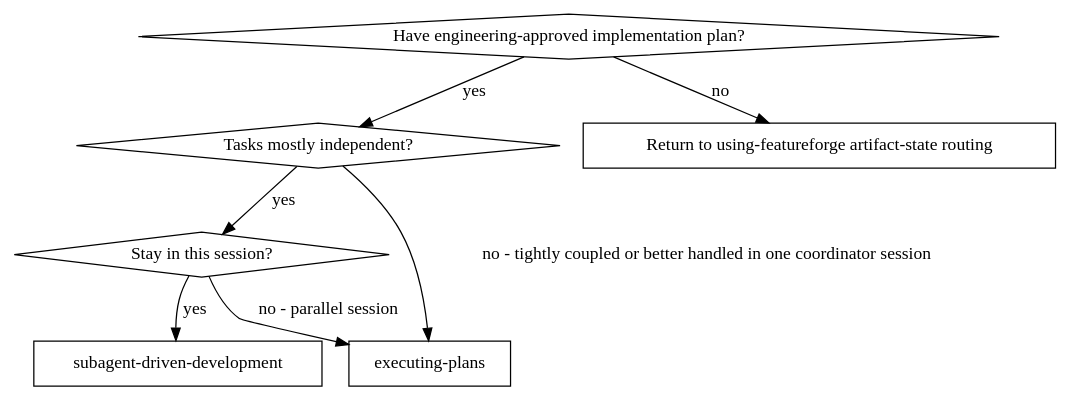
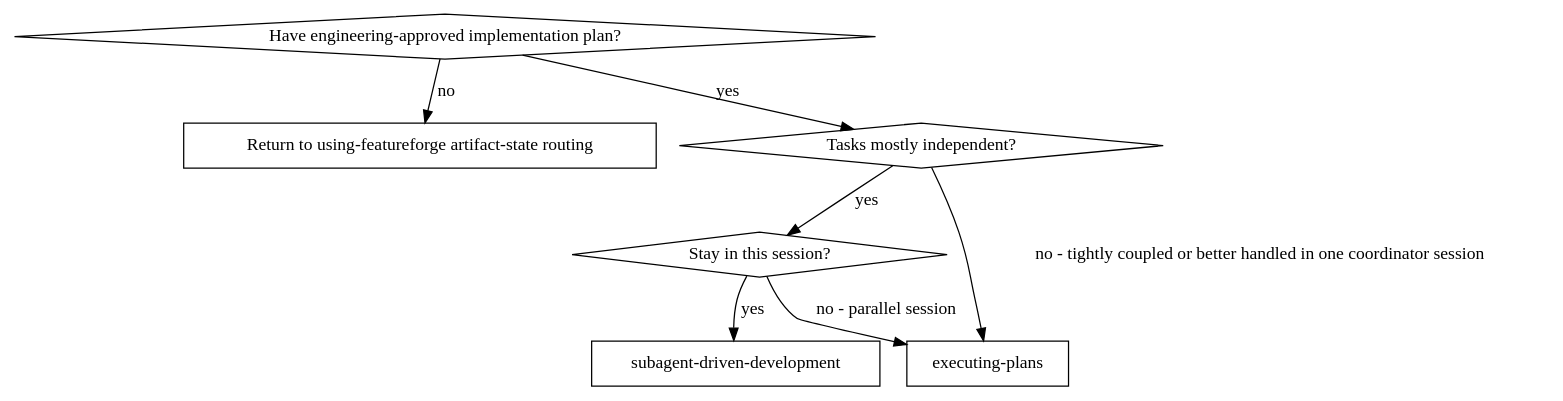
The first of 2 diagrams in skills/subagent-driven-development/SKILL.md (dmulcahey/featureforge), drawn with Graphviz before and after one commit. The commit also changed other lines of this file and 239 other files, not shown here.

````diff
--- a/skills/subagent-driven-development/SKILL.md
+++ b/skills/subagent-driven-development/SKILL.md
@@ -69,17 +63,17 @@
 ```dot
 digraph when_to_use {
     "Have engineering-approved implementation plan?" [shape=diamond];
+    "Return to using-featureforge artifact-state routing" [shape=box];
     "Tasks mostly independent?" [shape=diamond];
     "Stay in this session?" [shape=diamond];
     "subagent-driven-development" [shape=box];
     "executing-plans" [shape=box];
-    "Return to using-featureforge artifact-state routing" [shape=box];
 
+    "Have engineering-approved implementation plan?" -> "Return to using-featureforge artifact-state routing" [label="no"];
     "Have engineering-approved implementation plan?" -> "Tasks mostly independent?" [label="yes"];
-    "Have engineering-approved implementation plan?" -> "Return to using-featureforge artifact-state routing" [label="no"];
     "Tasks mostly independent?" -> "Stay in this session?" [label="yes"];
     "Tasks mostly independent?" -> "executing-plans" [label="no - tightly coupled or better handled in one coordinator session"];
     "Stay in this session?" -> "subagent-driven-development" [label="yes"];
     "Stay in this session?" -> "executing-plans" [label="no - parallel session"];
 }
 ```
````
